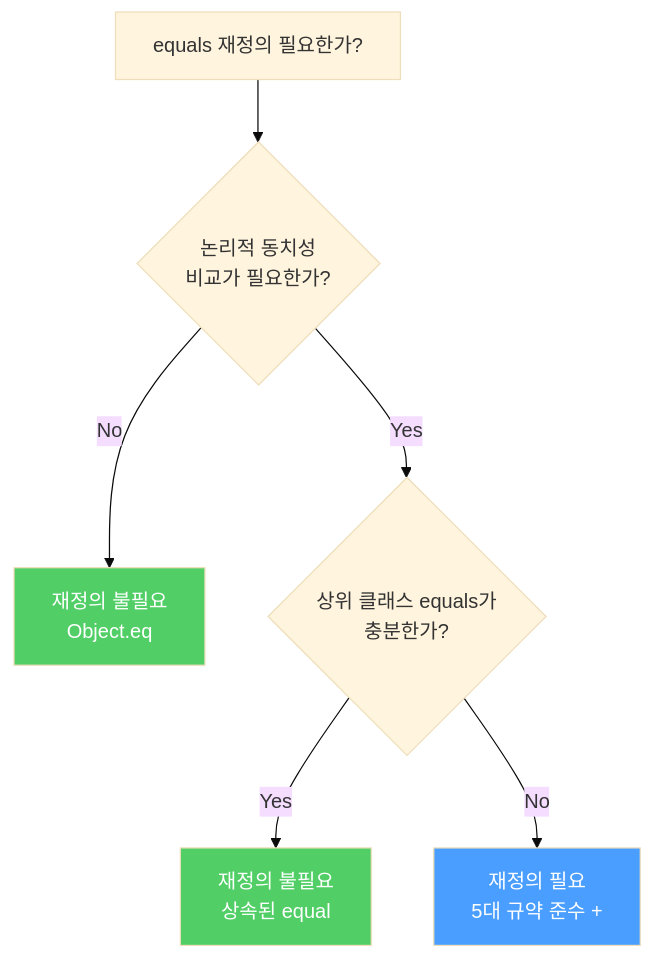
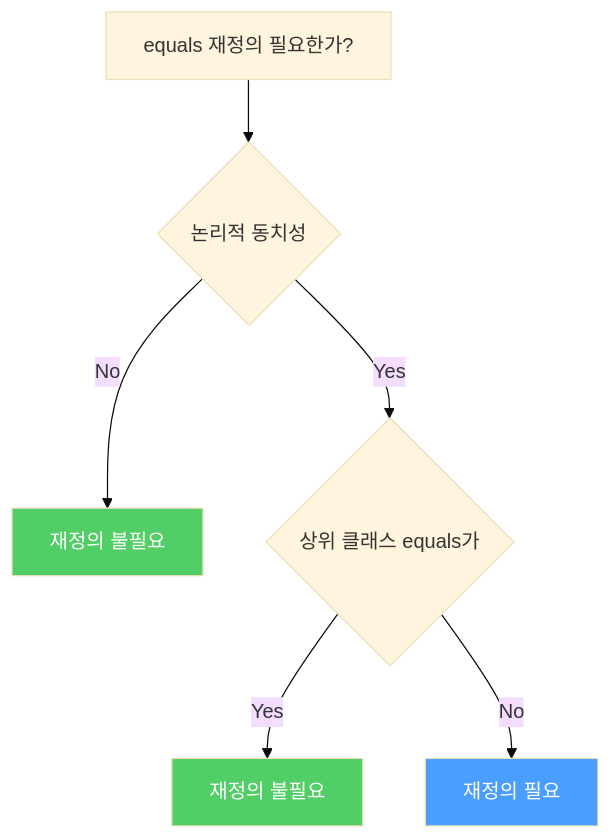
The fourth of 4 diagrams in _posts/java/2021-12-22-effective-java10.md (yjkim2015/yjkim2015.github.io), drawn with Mermaid (base theme) before and after one commit. The commit also changed other lines of this file and 217 other files, not shown here.

First line of the commit message:
Mermaid 크기 수정: useMaxWidth:true + SVG max-width:100% + 라벨 축소

````diff
--- a/_posts/java/2021-12-22-effective-java10.md
+++ b/_posts/java/2021-12-22-effective-java10.md
@@ -270,11 +270,11 @@
 ```mermaid
 graph TD
-    A["equals 재정의 필요한가?"] --> B{"논리적 동치성\n비교가 필요한가?"}
-    B -->|"No"| C["재정의 불필요\nObject.eq"]
-    B -->|"Yes"| D{"상위 클래스 equals가\n충분한가?"}
-    D -->|"Yes"| E["재정의 불필요\n상속된 equal"]
-    D -->|"No"| F["재정의 필요\n5대 규약 준수 +"]
+    A["equals 재정의 필요한가?"] --> B{"논리적 동치성"}
+    B -->|"No"| C["재정의 불필요"]
+    B -->|"Yes"| D{"상위 클래스 equals가"}
+    D -->|"Yes"| E["재정의 불필요"]
+    D -->|"No"| F["재정의 필요"]
     style C fill:#51cf66,color:#fff
     style E fill:#51cf66,color:#fff
     style F fill:#4a9eff,color:#fff
 ```
````
